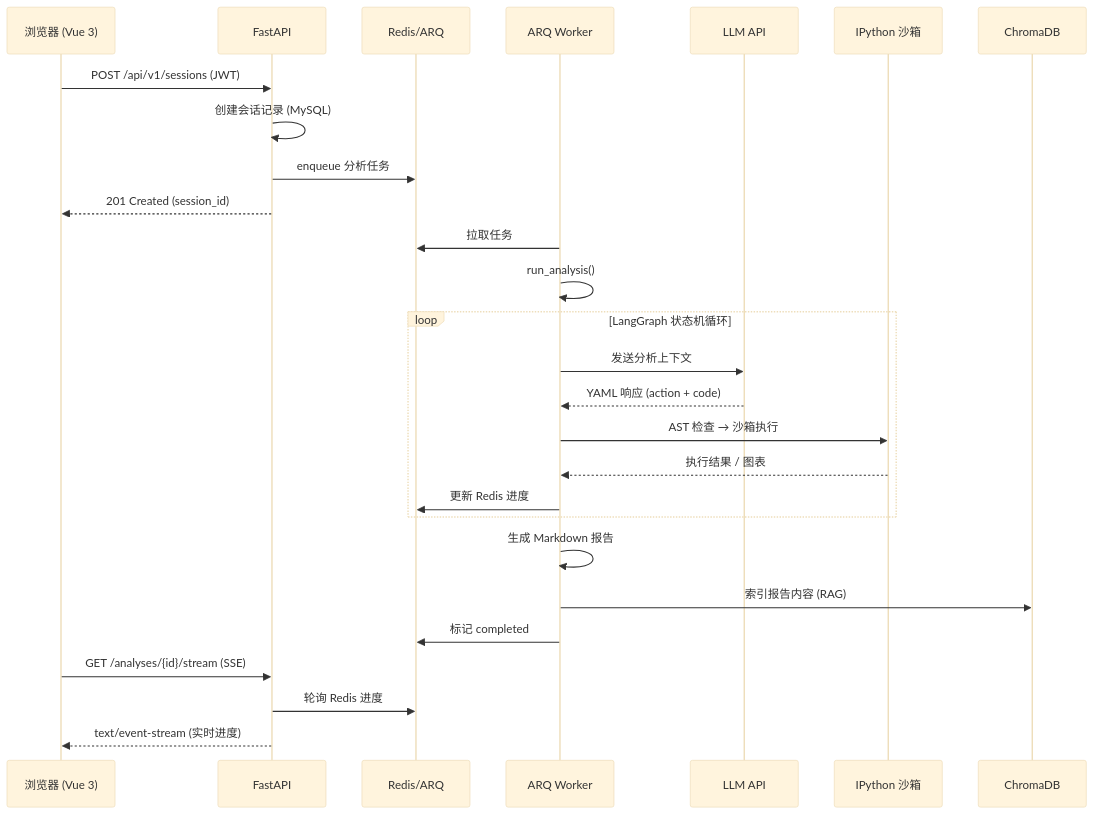
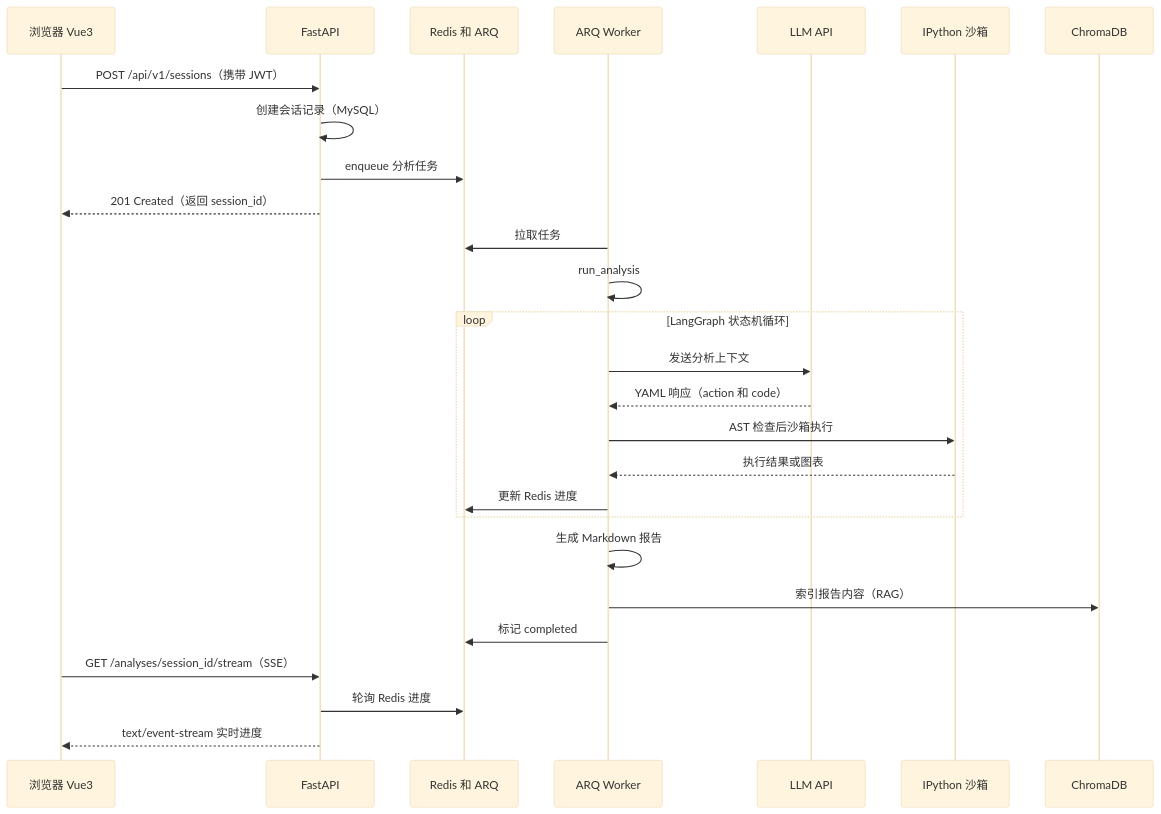
The second of 2 diagrams in README.md (GuirenCheng/data_analysis_agent), drawn with Mermaid (base theme) before and after one commit. The commit also changed other lines of this file, not shown here.

Commit message:
docs: 修复 README 中两处 Mermaid 图渲染失败
移除 GitHub Mermaid 渲染器无法解析的字符（&lt; 实体、≥ 符号、含 / 的边标签、
半角括号与花括号），改用 flowchart TD 与安全写法。

````diff
--- a/README.md
+++ b/README.md
@@ -165,32 +165,32 @@
 ```mermaid
 sequenceDiagram
-    participant Browser as 浏览器 (Vue 3)
+    participant Browser as 浏览器 Vue3
     participant API as FastAPI
-    participant Queue as Redis/ARQ
+    participant Queue as Redis 和 ARQ
     participant Worker as ARQ Worker
     participant LLM as LLM API
     participant IPython as IPython 沙箱
     participant Chroma as ChromaDB
 
-    Browser->>API: POST /api/v1/sessions (JWT)
-    API->>API: 创建会话记录 (MySQL)
+    Browser->>API: POST /api/v1/sessions（携带 JWT）
+    API->>API: 创建会话记录（MySQL）
     API->>Queue: enqueue 分析任务
-    API-->>Browser: 201 Created (session_id)
+    API-->>Browser: 201 Created（返回 session_id）
 
     Worker->>Queue: 拉取任务
-    Worker->>Worker: run_analysis()
+    Worker->>Worker: run_analysis
     loop LangGraph 状态机循环
         Worker->>LLM: 发送分析上下文
-        LLM-->>Worker: YAML 响应 (action + code)
-        Worker->>IPython: AST 检查 → 沙箱执行
-        IPython-->>Worker: 执行结果 / 图表
+        LLM-->>Worker: YAML 响应（action 和 code）
+        Worker->>IPython: AST 检查后沙箱执行
+        IPython-->>Worker: 执行结果或图表
         Worker->>Queue: 更新 Redis 进度
     end
     Worker->>Worker: 生成 Markdown 报告
-    Worker->>Chroma: 索引报告内容 (RAG)
+    Worker->>Chroma: 索引报告内容（RAG）
     Worker->>Queue: 标记 completed
 
-    Browser->>API: GET /analyses/{id}/stream (SSE)
+    Browser->>API: GET /analyses/session_id/stream（SSE）
     API->>Queue: 轮询 Redis 进度
-    API-->>Browser: text/event-stream (实时进度)
+    API-->>Browser: text/event-stream 实时进度
 ```
````
